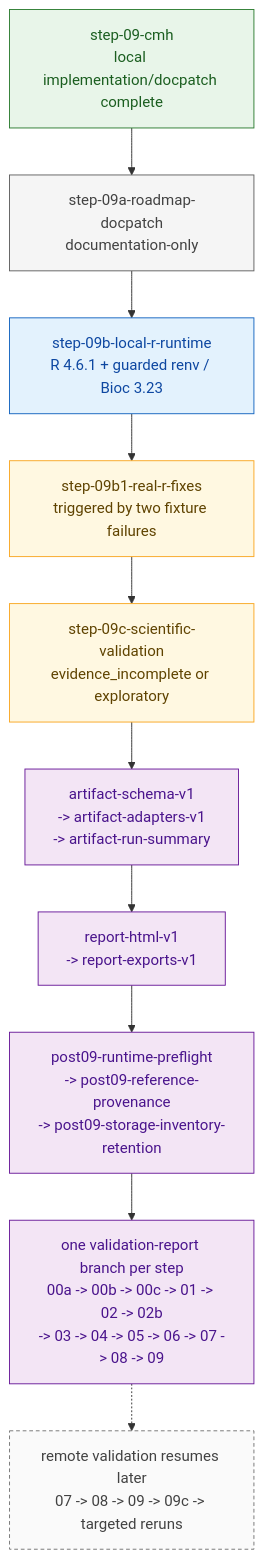
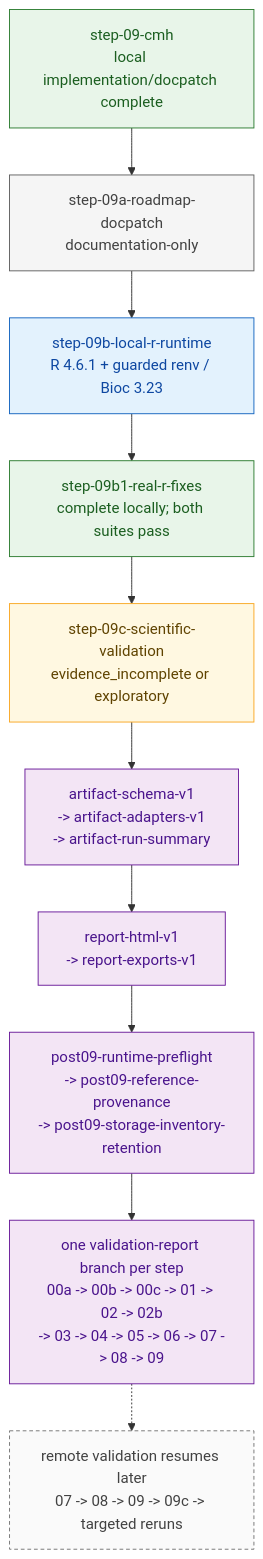
Before and after one commit to lab-cats/EMRYS: the first of 4 diagrams in docs/architecture/FUTURE_ARCHITECTURE.md, drawn with Mermaid. The commit also changed other lines of this file and 14 other files, not shown here.

````diff
--- a/docs/architecture/FUTURE_ARCHITECTURE.md
+++ b/docs/architecture/FUTURE_ARCHITECTURE.md
@@ -30,31 +31,31 @@
 ```mermaid
 flowchart TB
     classDef current fill:#e8f5e9,stroke:#2e7d32,color:#1b5e20
     classDef docs fill:#f5f5f5,stroke:#616161,color:#424242
     classDef runtime fill:#e3f2fd,stroke:#1565c0,color:#0d47a1
     classDef science fill:#fff8e1,stroke:#f9a825,color:#5f4300
     classDef future fill:#f3e5f5,stroke:#6a1b9a,color:#4a148c
     classDef deferred fill:#fafafa,stroke:#757575,color:#424242,stroke-dasharray:4 3
 
     s09["step-09-cmh<br/>local implementation/docpatch complete"]
     s09a["step-09a-roadmap-docpatch<br/>documentation-only"]
     rlocal["step-09b-local-r-runtime<br/>R 4.6.1 + guarded renv / Bioc 3.23"]
-    rfix["step-09b1-real-r-fixes<br/>triggered by two fixture failures"]
+    rfix["step-09b1-real-r-fixes<br/>complete locally; both suites pass"]
     science09c["step-09c-scientific-validation<br/>evidence_incomplete or exploratory"]
     artifacts["artifact-schema-v1<br/>-> artifact-adapters-v1<br/>-> artifact-run-summary"]
     reports["report-html-v1<br/>-> report-exports-v1"]
     foundations["post09-runtime-preflight<br/>-> post09-reference-provenance<br/>-> post09-storage-inventory-retention"]
     validators["one validation-report branch per step<br/>00a -> 00b -> 00c -> 01 -> 02 -> 02b<br/>-> 03 -> 04 -> 05 -> 06 -> 07 -> 08 -> 09"]
     remote["remote validation resumes later<br/>07 -> 08 -> 09 -> 09c -> targeted reruns"]
 
     s09 --> s09a --> rlocal --> rfix --> science09c
     science09c --> artifacts --> reports --> foundations --> validators
     validators -.-> remote
 
-    class s09 current
+    class s09,rfix current
     class s09a docs
     class rlocal runtime
-    class rfix,science09c science
+    class science09c science
     class artifacts,reports,foundations,validators future
     class remote deferred
 ```
````
